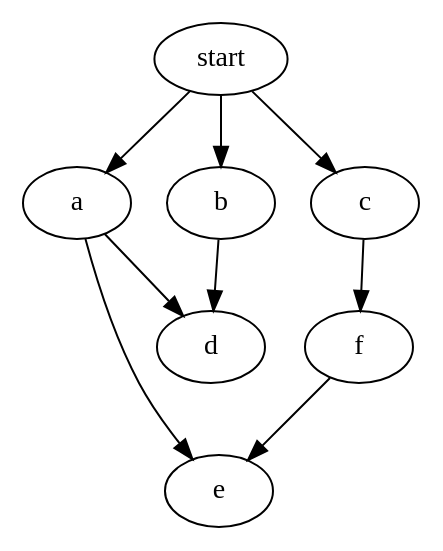
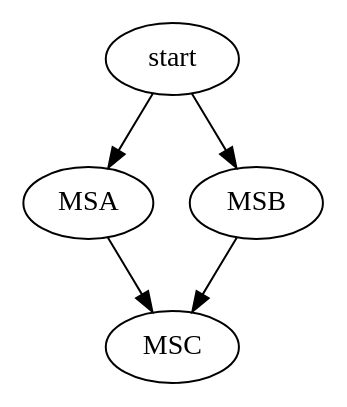
One commit to peter959/WorkflowEngine changed the diagram in engine/src/main/resources/workflow.dot. Above: the diagram before and after it, drawn with Graphviz. The commit also changed 18 other files, not shown here.

```diff
--- a/engine/src/main/resources/workflow.dot
+++ b/engine/src/main/resources/workflow.dot
@@ -1,11 +1,16 @@
 digraph G{
-   // start->risorsa;
-    start->a;
-    start->b;
-    start->c;
-    a->e;
-    a->d;
-    b->d;
-    c->f;
-    f->e;
+    //start->a;
+    //start->b;
+    //start->c;
+    //a->e;
+    //a->d;
+    //b->d;
+    //c->f;
+    //f->e;
+
+    start->MSA;
+    start->MSB;
+    MSB->MSC;
+    MSA->MSC;
+    //MSA->MSC;
 }
```
